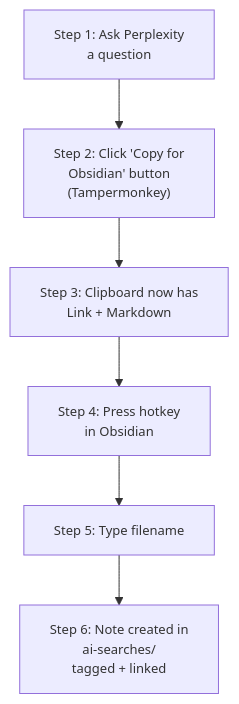
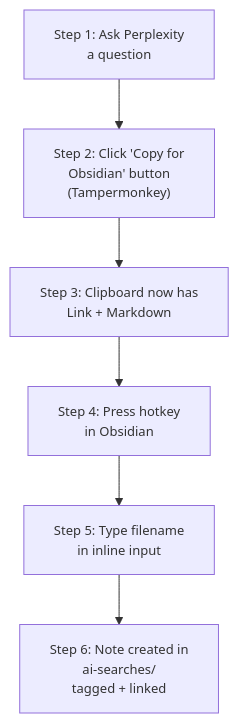
Before and after one commit to notuntoward/obsidian-perplexity-saver: the diagram in README.md, drawn with Mermaid. The commit also changed other lines of this file and 6 other files, not shown here.

First line of the commit message:
Replace modal with inline editor input for filename entry

````diff
--- a/README.md
+++ b/README.md
@@ -12,14 +12,14 @@
 ```mermaid
 flowchart TD
     A["Step 1: Ask Perplexity<br/>a question"] --> B["Step 2: Click 'Copy for<br/>Obsidian' button<br/>(Tampermonkey)"]
     B --> C["Step 3: Clipboard now has<br/>Link + Markdown"]
     C --> D["Step 4: Press hotkey<br/>in Obsidian"]
-    D --> E["Step 5: Type filename"]
+    D --> E["Step 5: Type filename<br/>in inline input"]
     E --> F["Step 6: Note created in<br/>ai-searches/<br/>tagged + linked"]
 
     %% Define the smaller font style
     classDef smallFont font-size:13px;
     
     %% Assign the style to all nodes at once
     class A,B,C,D,E,F smallFont;
 ```
````
